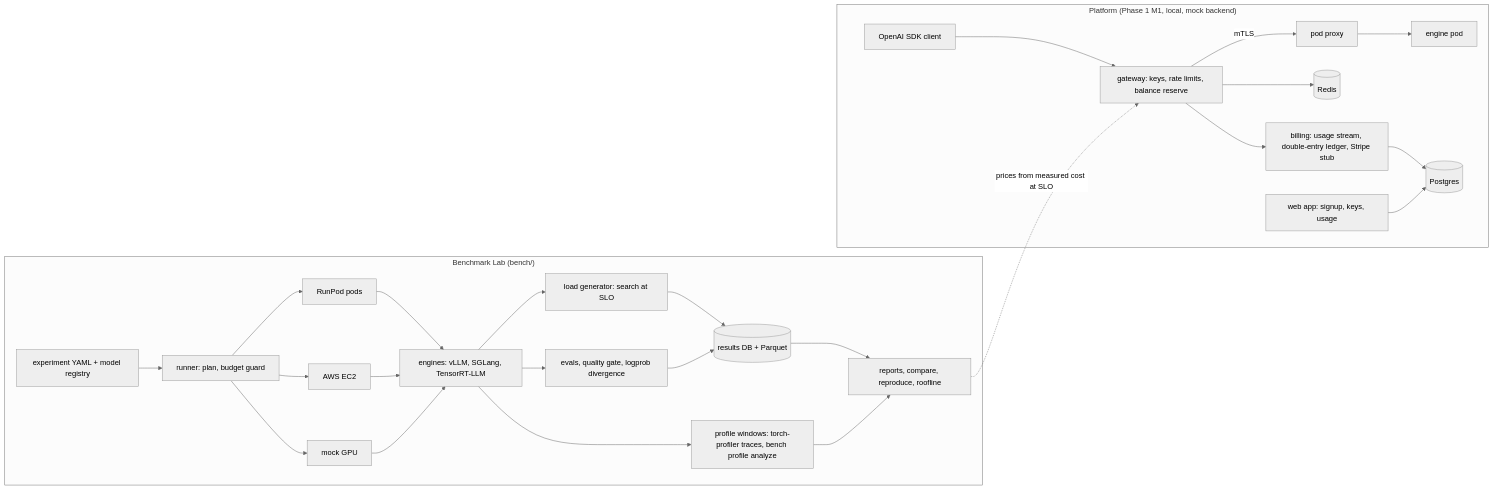
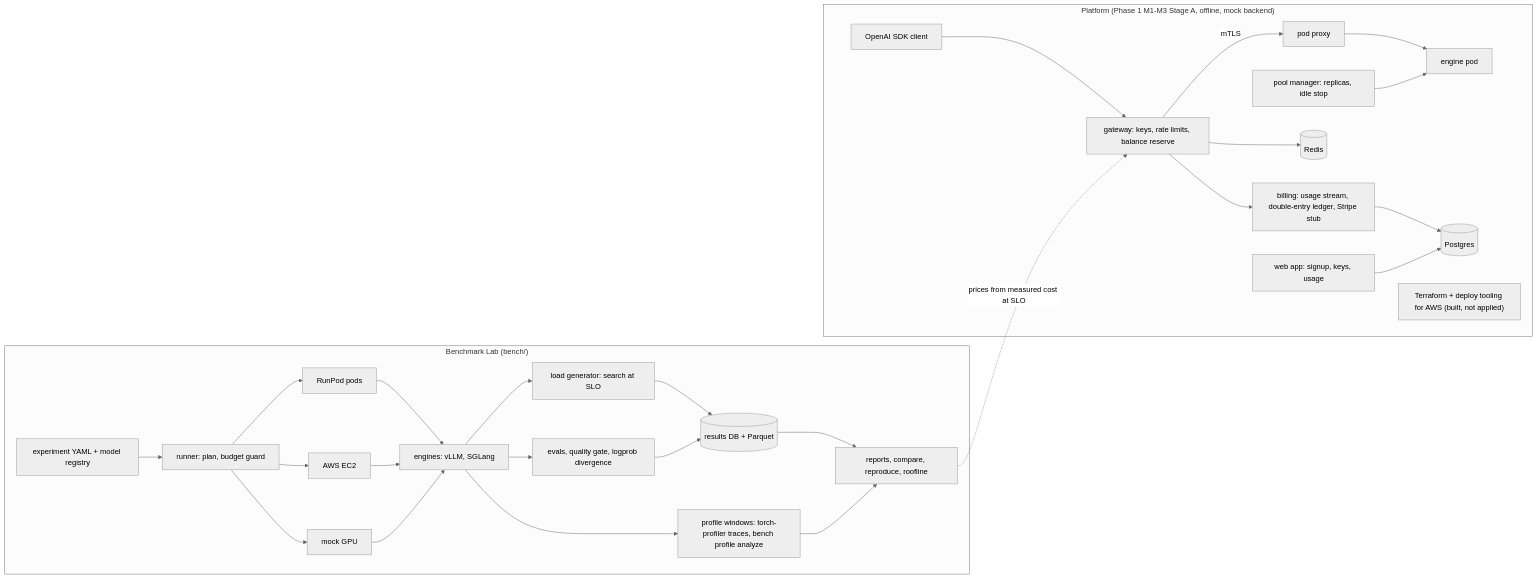
One commit to arulster17/loom changed the diagram in README.md. Above: the diagram before and after it, drawn with Mermaid (neutral theme). The commit also changed other lines of this file and 67 other files, not shown here.

First line of the commit message:
docs: README and docs without TensorRT-LLM; stale M3 status text

````diff
--- a/README.md
+++ b/README.md
@@ -179,29 +175,31 @@
 ```mermaid
 flowchart LR
   subgraph Lab["Benchmark Lab (bench/)"]
     Y["experiment YAML + model registry"] --> R["runner: plan, budget guard"]
     R --> RP["RunPod pods"]
     R --> AW["AWS EC2"]
     R --> MK["mock GPU"]
-    RP --> EN["engines: vLLM, SGLang, TensorRT-LLM"]
+    RP --> EN["engines: vLLM, SGLang"]
     AW --> EN
     MK --> EN
     EN --> LG["load generator: search at SLO"]
     EN --> EV["evals, quality gate, logprob divergence"]
     LG --> DB[("results DB + Parquet")]
     EV --> DB
     EN --> PF["profile windows: torch-profiler traces, bench profile analyze"]
     DB --> RE["reports, compare, reproduce, roofline"]
     PF --> RE
   end
-  subgraph Platform["Platform (Phase 1 M1, local, mock backend)"]
+  subgraph Platform["Platform (Phase 1 M1-M3 Stage A, offline, mock backend)"]
     CL["OpenAI SDK client"] --> GW["gateway: keys, rate limits, balance reserve"]
     GW -->|mTLS| PP["pod proxy"]
     PP --> PD["engine pod"]
+    PM["pool manager: replicas, idle stop"] --> PD
     GW --> RD[("Redis")]
     GW --> BL["billing: usage stream, double-entry ledger, Stripe stub"]
     BL --> PG[("Postgres")]
     WB["web app: signup, keys, usage"] --> PG
+    TF["Terraform + deploy tooling for AWS (built, not applied)"]
   end
   RE -.->|prices from measured cost at SLO| GW
 ```
````
